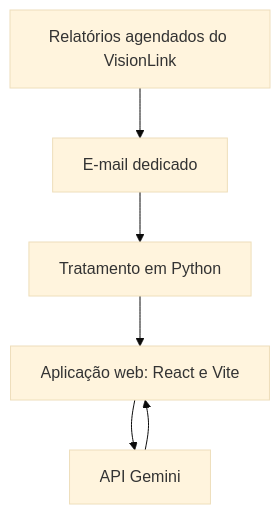
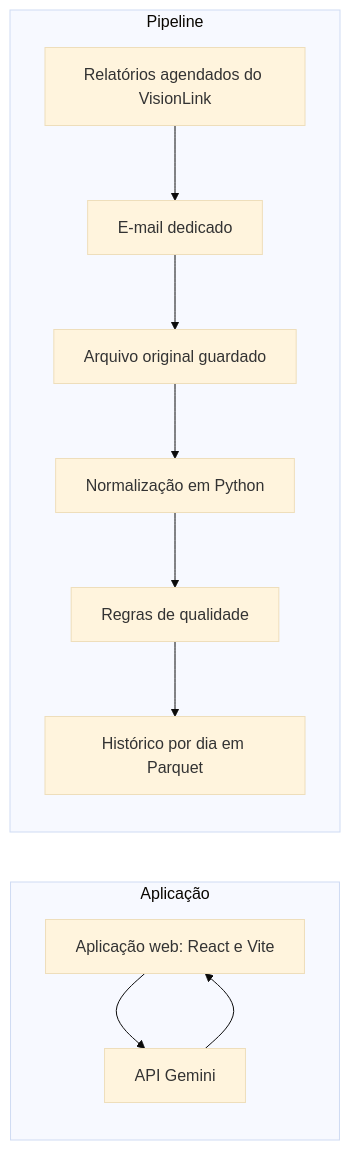
One commit to GabrielFDA7/GabrielFDA7.github.io changed the diagram in src/content/projetos/telemetria-de-frota.md. Above: the diagram before and after it, drawn with Mermaid (base theme). The commit also changed other lines of this file and 8 other files, not shown here.

````diff
--- a/src/content/projetos/telemetria-de-frota.md
+++ b/src/content/projetos/telemetria-de-frota.md
@@ -33,10 +33,19 @@
 ```mermaid
 flowchart TD
   accTitle: Arquitetura do painel de telemetria
-  accDescr: Relatórios agendados do VisionLink chegam a um e-mail dedicado, são tratados em Python e alimentam a aplicação web, que consulta a API do Gemini e mostra os insights.
-  V[Relatórios agendados do VisionLink] --> E[E-mail dedicado]
-  E --> P[Tratamento em Python]
-  P --> W[Aplicação web: React e Vite]
-  W --> G[API Gemini]
-  G --> W
+  accDescr: Relatórios agendados do VisionLink chegam a um e-mail dedicado. O pipeline em Python guarda o arquivo original, normaliza, valida e grava um histórico por dia. Em separado, a aplicação web consulta a API do Gemini e mostra os insights.
+  subgraph Pipeline
+    direction TB
+    V[Relatórios agendados do VisionLink] --> E[E-mail dedicado]
+    E --> O[Arquivo original guardado]
+    O --> N[Normalização em Python]
+    N --> Q[Regras de qualidade]
+    Q --> H[Histórico por dia em Parquet]
+  end
+  subgraph Aplicacao [Aplicação]
+    direction TB
+    W[Aplicação web: React e Vite] --> G[API Gemini]
+    G --> W
+  end
+  Pipeline ~~~ Aplicacao
 ```
````
